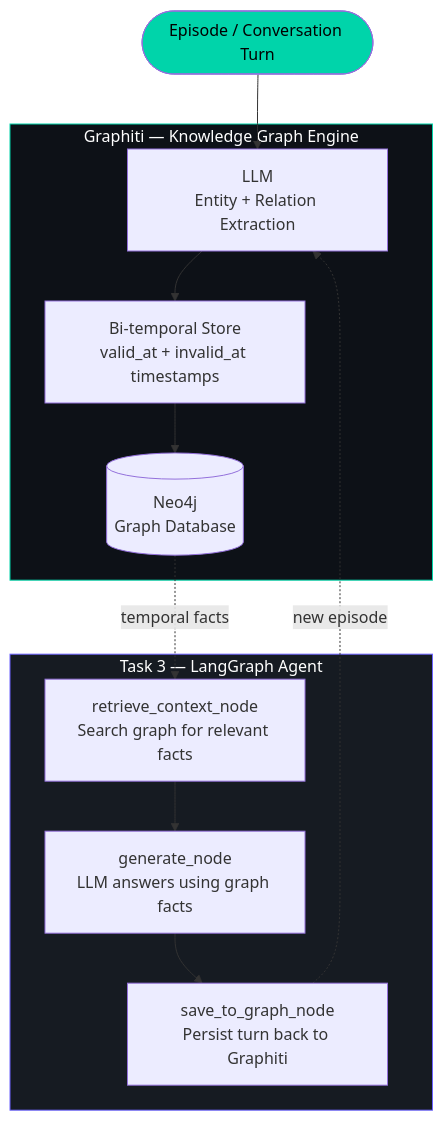
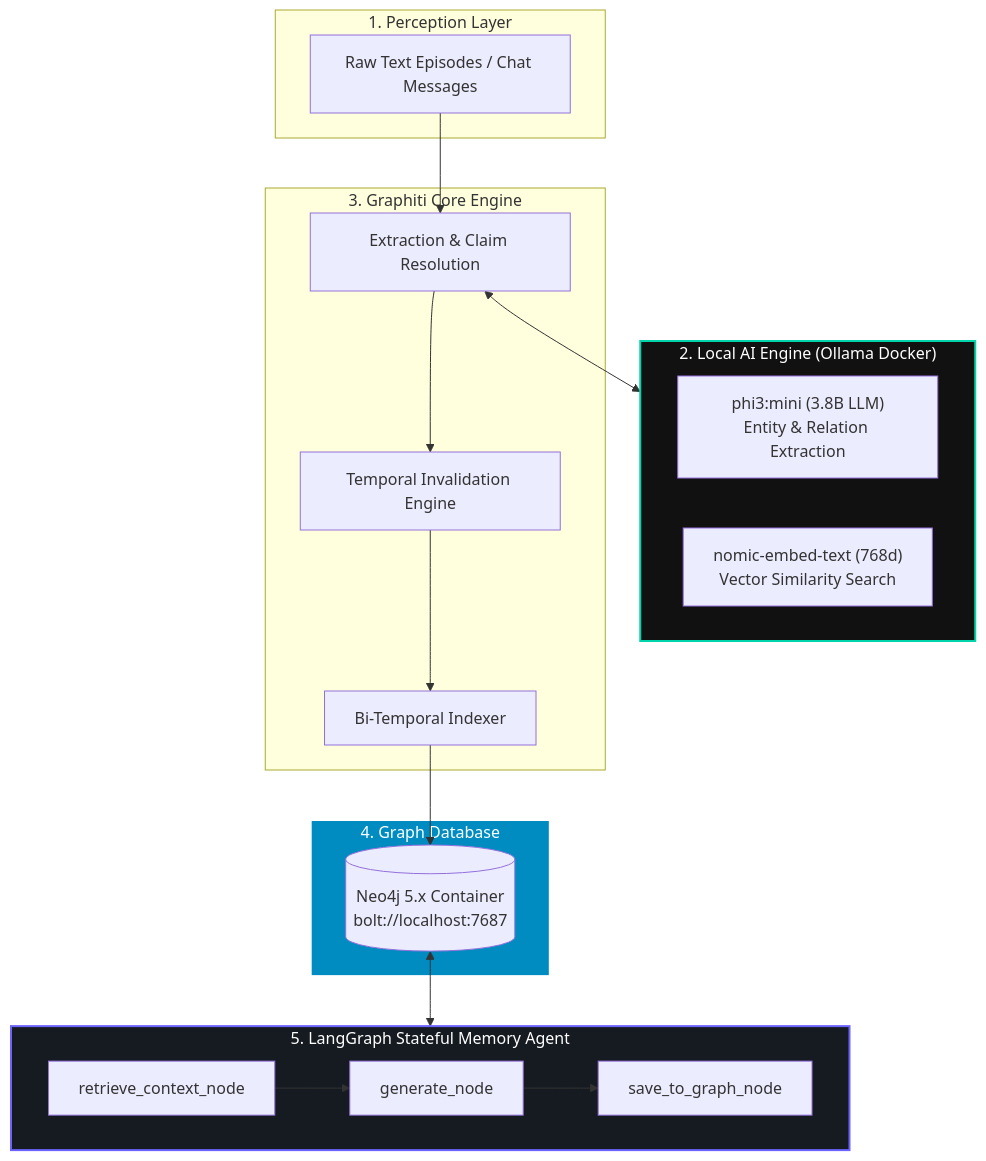
One commit to shivanshinigam/graphiti-zep-agent changed the fourth of 5 diagrams in README.md. Above: the diagram before and after it, drawn with Mermaid. The commit also changed other lines of this file and 6 other files, not shown here.

Commit message:
docs & core: implement local Graphiti zero-cost temporal KG stack with Ollama, Neo4j, and LangGraph agent memory; add rich visual README

````diff
--- a/README.md
+++ b/README.md
@@ -43,23 +96,36 @@
 ```mermaid
-flowchart TD
-    A([Episode / Conversation Turn]) --> B
-
-    subgraph Graphiti["Graphiti — Knowledge Graph Engine"]
-        B[LLM\nEntity + Relation Extraction] --> C
-        C[Bi-temporal Store\nvalid_at + invalid_at timestamps] --> D
-        D[(Neo4j\nGraph Database)]
+flowchart TB
+    subgraph DataPerception["1. Perception Layer"]
+        A[Raw Text Episodes / Chat Messages]
     end
 
-    subgraph Agent["Task 3 — LangGraph Agent"]
-        E[retrieve_context_node\nSearch graph for relevant facts] --> F
-        F[generate_node\nLLM answers using graph facts] --> G
-        G[save_to_graph_node\nPersist turn back to Graphiti]
+    subgraph LocalModels["2. Local AI Engine (Ollama Docker)"]
+        direction LR
+        M1["phi3:mini (3.8B LLM)\nEntity & Relation Extraction"]
+        M2["nomic-embed-text (768d)\nVector Similarity Search"]
     end
 
-    D -.->|"temporal facts"| E
-    G -.->|"new episode"| B
+    subgraph GraphEngine["3. Graphiti Core Engine"]
+        E1[Extraction & Claim Resolution]
+        E2[Temporal Invalidation Engine]
+        E3[Bi-Temporal Indexer]
+    end
 
-    style Graphiti fill:#0d1117,stroke:#00D4AA,color:#fff
-    style Agent fill:#161b22,stroke:#6C63FF,color:#fff
-    style A fill:#00D4AA,color:#000
+    subgraph Storage["4. Graph Database"]
+        DB[(Neo4j 5.x Container\nbolt://localhost:7687)]
+    end
+
+    subgraph LangGraphAgent["5. LangGraph Stateful Memory Agent"]
+        direction LR
+        S1[retrieve_context_node] --> S2[generate_node] --> S3[save_to_graph_node]
+    end
+
+    A --> E1
+    E1 <--> LocalModels
+    E1 --> E2 --> E3 --> DB
+    DB <--> LangGraphAgent
+
+    style LocalModels fill:#111,stroke:#00D4AA,stroke-width:2px,color:#fff
+    style Storage fill:#008CC1,stroke:#fff,stroke-width:2px,color:#fff
+    style LangGraphAgent fill:#161b22,stroke:#6C63FF,stroke-width:2px,color:#fff
 ```
````
